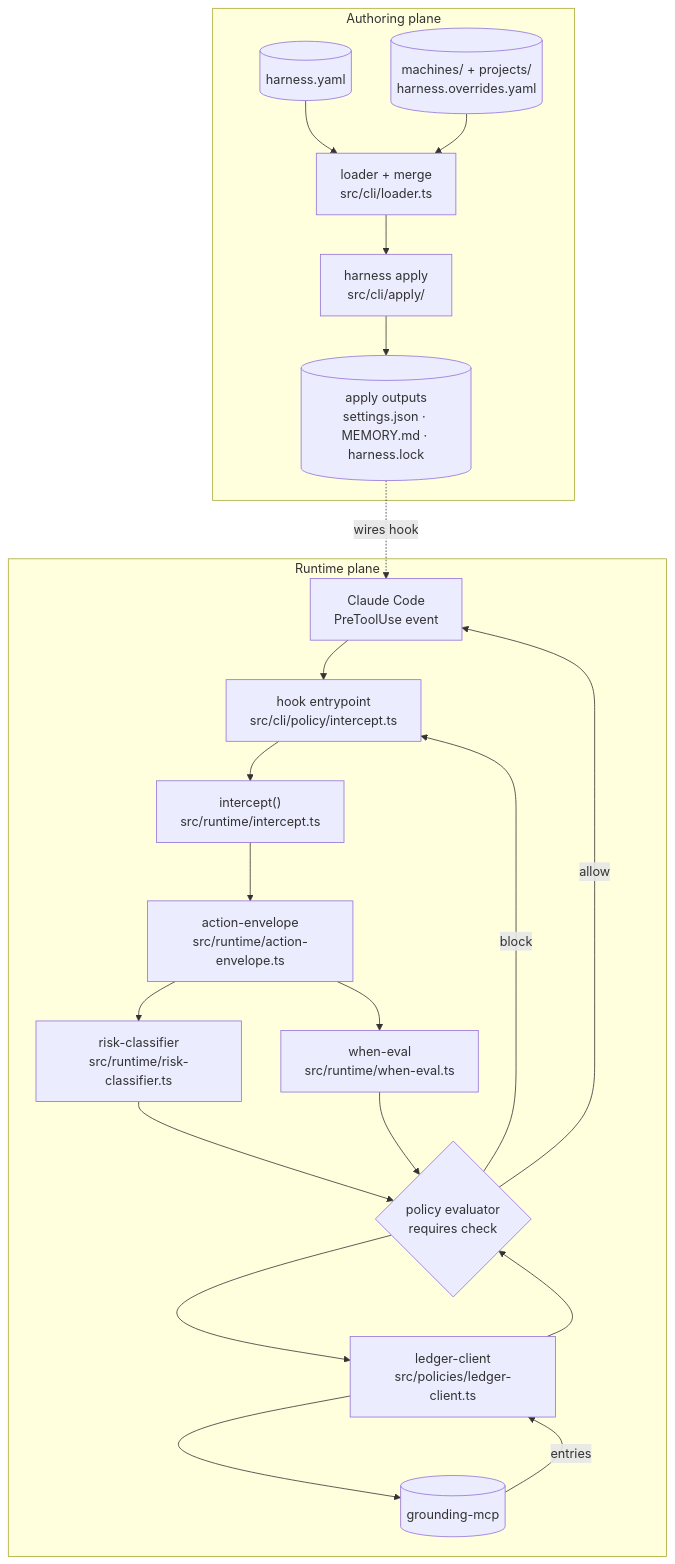
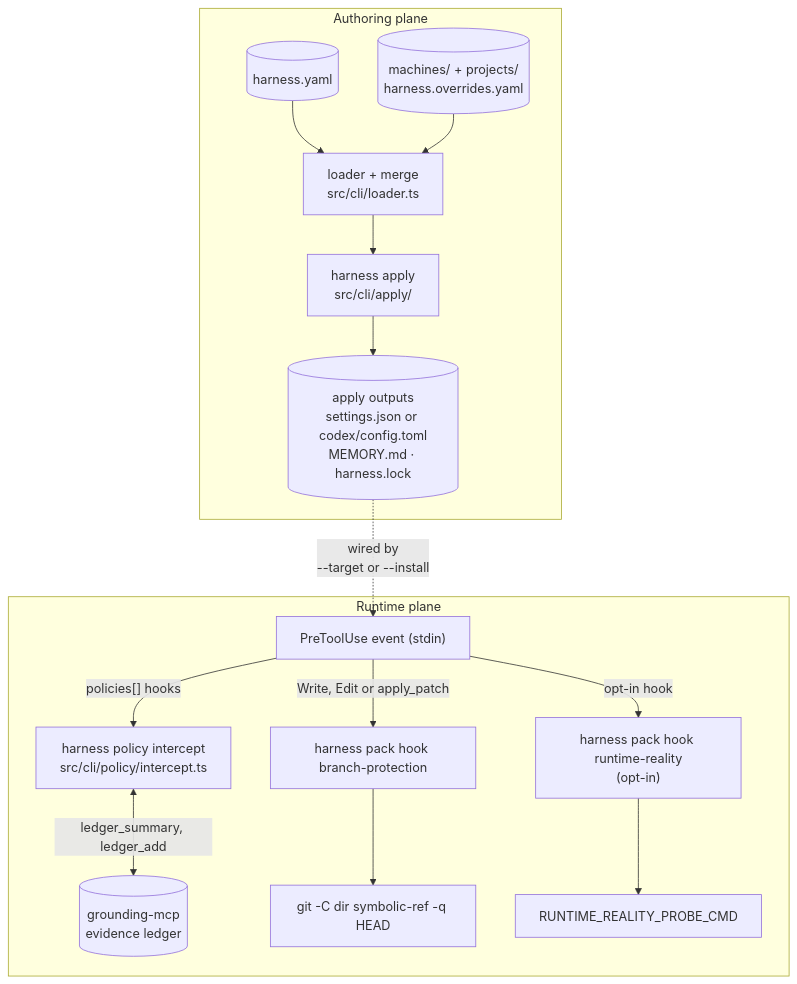
One commit to LanNguyenSi/harness changed the second of 3 diagrams in docs/ARCHITECTURE.md. Above: the diagram before and after it, drawn with Mermaid. The commit also changed other lines of this file and 14 other files, not shown here.

First line of the commit message:
docs: correct CLI, policy and operator docs for the current feature set (#685)

````diff
--- a/docs/ARCHITECTURE.md
+++ b/docs/ARCHITECTURE.md
@@ -44,43 +46,32 @@
 ```mermaid
 flowchart TD
   subgraph AUTH ["Authoring plane"]
     HY[("harness.yaml")]
     OV[("machines/ + projects/<br/>harness.overrides.yaml")]
     LM["loader + merge<br/>src/cli/loader.ts"]
     APL["harness apply<br/>src/cli/apply/"]
-    OUT[("apply outputs<br/>settings.json · MEMORY.md · harness.lock")]
+    OUT[("apply outputs<br/>settings.json or codex/config.toml<br/>MEMORY.md · harness.lock")]
 
     HY --> LM
     OV --> LM
     LM --> APL
     APL --> OUT
   end
 
   subgraph RUN ["Runtime plane"]
-    EVT["Claude Code<br/>PreToolUse event"]
-    CLI["hook entrypoint<br/>src/cli/policy/intercept.ts"]
-    INT["intercept()<br/>src/runtime/intercept.ts"]
-    AE["action-envelope<br/>src/runtime/action-envelope.ts"]
-    RC["risk-classifier<br/>src/runtime/risk-classifier.ts"]
-    WE["when-eval<br/>src/runtime/when-eval.ts"]
-    PE{"policy evaluator<br/>requires check"}
-    LC["ledger-client<br/>src/policies/ledger-client.ts"]
-    GR[("grounding-mcp")]
+    EVT["PreToolUse event (stdin)"]
+    PI["harness policy intercept<br/>src/cli/policy/intercept.ts"]
+    GR[("grounding-mcp<br/>evidence ledger")]
+    BP["harness pack hook branch-protection"]
+    GIT["git -C dir symbolic-ref -q HEAD"]
+    RR["harness pack hook runtime-reality<br/>(opt-in)"]
+    PROBE["RUNTIME_REALITY_PROBE_CMD"]
 
-    EVT --> CLI
-    CLI --> INT
-    INT --> AE
-    AE --> RC
-    AE --> WE
-    RC --> PE
-    WE --> PE
-    PE --> LC
-    LC --> GR
-    GR -->|entries| LC
-    LC --> PE
-    PE -->|allow| EVT
-    PE -->|block| CLI
+    EVT -->|"policies[] hooks"| PI
+    PI <-->|"ledger_summary, ledger_add"| GR
+    EVT -->|"Write, Edit or apply_patch"| BP --> GIT
+    EVT -->|opt-in hook| RR --> PROBE
   end
 
-  OUT -.->|wires hook| EVT
+  OUT -.->|"wired by<br/>--target or --install"| EVT
 ```
````
